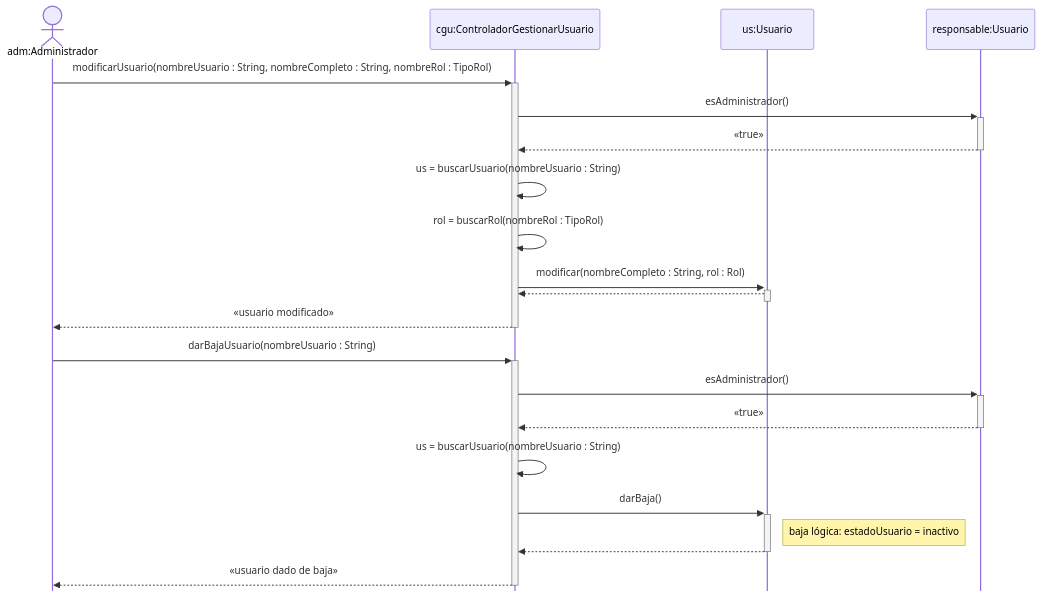
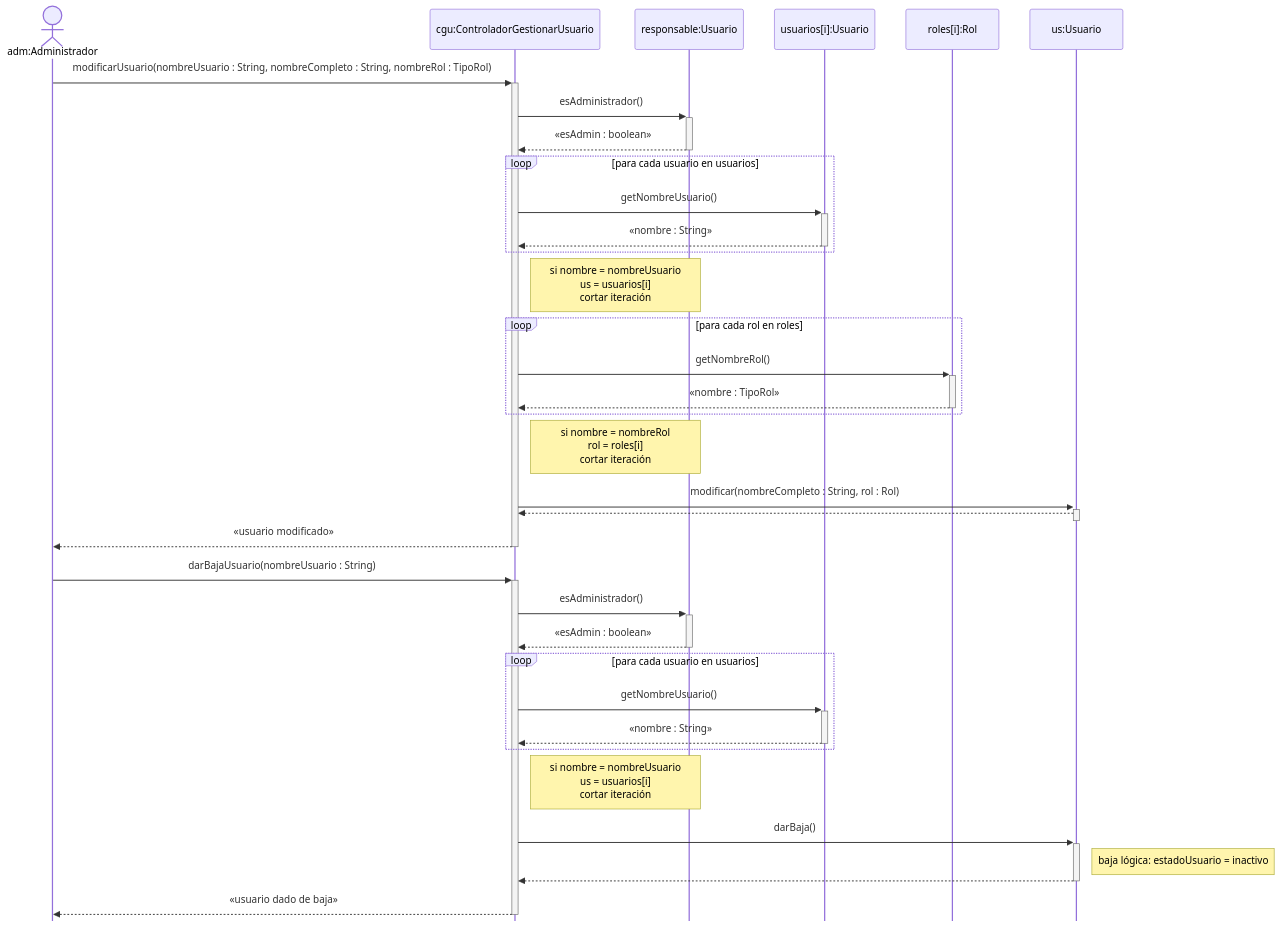
One commit to cirotop/Stock-Project changed the third of 12 diagrams in 08-Diagrama De Secuencia/Diagramas_de_Secuencia.md. Above: the diagram before and after it, drawn with Mermaid. The commit also changed other lines of this file, not shown here.

````diff
--- a/08-Diagrama De Secuencia/Diagramas_de_Secuencia.md
+++ b/08-Diagrama De Secuencia/Diagramas_de_Secuencia.md
@@ -82,26 +101,40 @@
 ```mermaid
 %%{init: {"sequence": {"mirrorActors": false}, "themeCSS": ".loopLine { stroke-dasharray: none !important; stroke-width: 1.5px !important; }"}}%%
 sequenceDiagram
     actor adm as adm:Administrador
     participant cgu as cgu:ControladorGestionarUsuario
+    participant resp as responsable:Usuario
+    participant ui as usuarios[i]:Usuario
+    participant ri as roles[i]:Rol
     participant us as us:Usuario
-    participant resp as responsable:Usuario
 
     adm->>+cgu: modificarUsuario(nombreUsuario : String, nombreCompleto : String, nombreRol : TipoRol)
     cgu->>+resp: esAdministrador()
-    resp-->>-cgu: «true»
-    cgu->>cgu: us = buscarUsuario(nombreUsuario : String)
-    cgu->>cgu: rol = buscarRol(nombreRol : TipoRol)
+    resp-->>-cgu: «esAdmin : boolean»
+    loop para cada usuario en usuarios
+        cgu->>+ui: getNombreUsuario()
+        ui-->>-cgu: «nombre : String»
+    end
+    Note right of cgu: si nombre = nombreUsuario<br/>us = usuarios[i]<br/>cortar iteración
+    loop para cada rol en roles
+        cgu->>+ri: getNombreRol()
+        ri-->>-cgu: «nombre : TipoRol»
+    end
+    Note right of cgu: si nombre = nombreRol<br/>rol = roles[i]<br/>cortar iteración
     cgu->>+us: modificar(nombreCompleto : String, rol : Rol)
     us-->>-cgu: 
     cgu-->>-adm: «usuario modificado»
 
     adm->>+cgu: darBajaUsuario(nombreUsuario : String)
     cgu->>+resp: esAdministrador()
-    resp-->>-cgu: «true»
-    cgu->>cgu: us = buscarUsuario(nombreUsuario : String)
+    resp-->>-cgu: «esAdmin : boolean»
+    loop para cada usuario en usuarios
+        cgu->>+ui: getNombreUsuario()
+        ui-->>-cgu: «nombre : String»
+    end
+    Note right of cgu: si nombre = nombreUsuario<br/>us = usuarios[i]<br/>cortar iteración
     cgu->>+us: darBaja()
     Note right of us: baja lógica: estadoUsuario = inactivo
     us-->>-cgu: 
     cgu-->>-adm: «usuario dado de baja»
 ```
````
